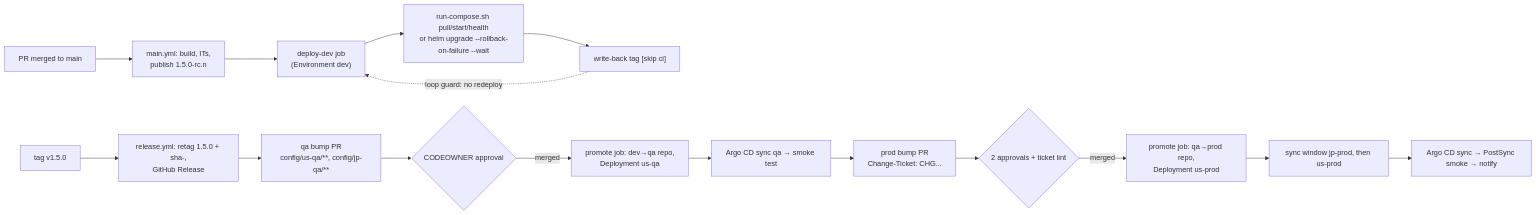
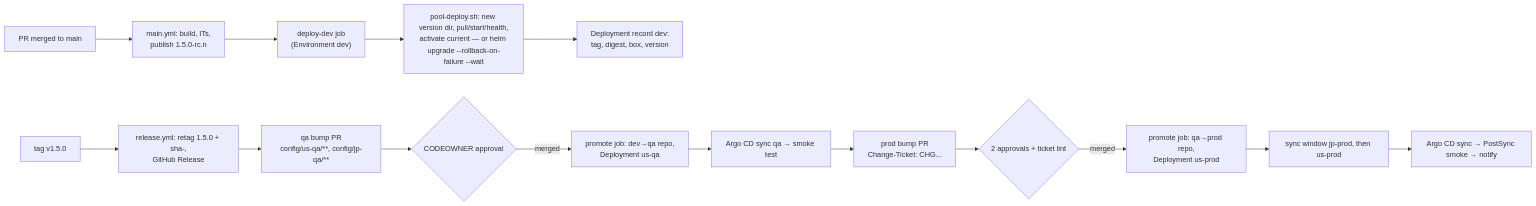
The second of 5 diagrams in docs/09-cd-and-release-management.md (crazymatthsu/github-demo), drawn with Mermaid before and after one commit. The commit also changed other lines of this file and 9 other files, not shown here.

````diff
--- a/docs/09-cd-and-release-management.md
+++ b/docs/09-cd-and-release-management.md
@@ -400,18 +402,17 @@
 ```mermaid
 flowchart LR
   A["PR merged to main"] --> B["main.yml: build, ITs,<br/>publish 1.5.0-rc.n"]
   B --> C["deploy-dev job<br/>(Environment dev)"]
-  C --> D["run-compose.sh pull/start/health<br/>or helm upgrade --rollback-on-failure --wait"]
-  D --> E["write-back tag [skip ci]"]
-  E -. "loop guard: no redeploy" .-> C
+  C --> D["pool-deploy.sh: new version dir, pull/start/health,<br/>activate current — or helm upgrade --rollback-on-failure --wait"]
+  D --> E["Deployment record dev:<br/>tag, digest, box, version"]
   F["tag v1.5.0"] --> G["release.yml: retag 1.5.0 + sha-,<br/>GitHub Release"]
   G --> H["qa bump PR<br/>config/us-qa/**, config/jp-qa/**"]
   H --> I{"CODEOWNER approval"}
   I -- merged --> J["promote job: dev→qa repo,<br/>Deployment us-qa"]
   J --> K["Argo CD sync qa → smoke test"]
   K --> L["prod bump PR<br/>Change-Ticket: CHG..."]
   L --> M{"2 approvals + ticket lint"}
   M -- merged --> N["promote job: qa→prod repo,<br/>Deployment us-prod"]
   N --> O["sync window jp-prod, then us-prod"]
   O --> P["Argo CD sync → PostSync smoke → notify"]
 ```
````
